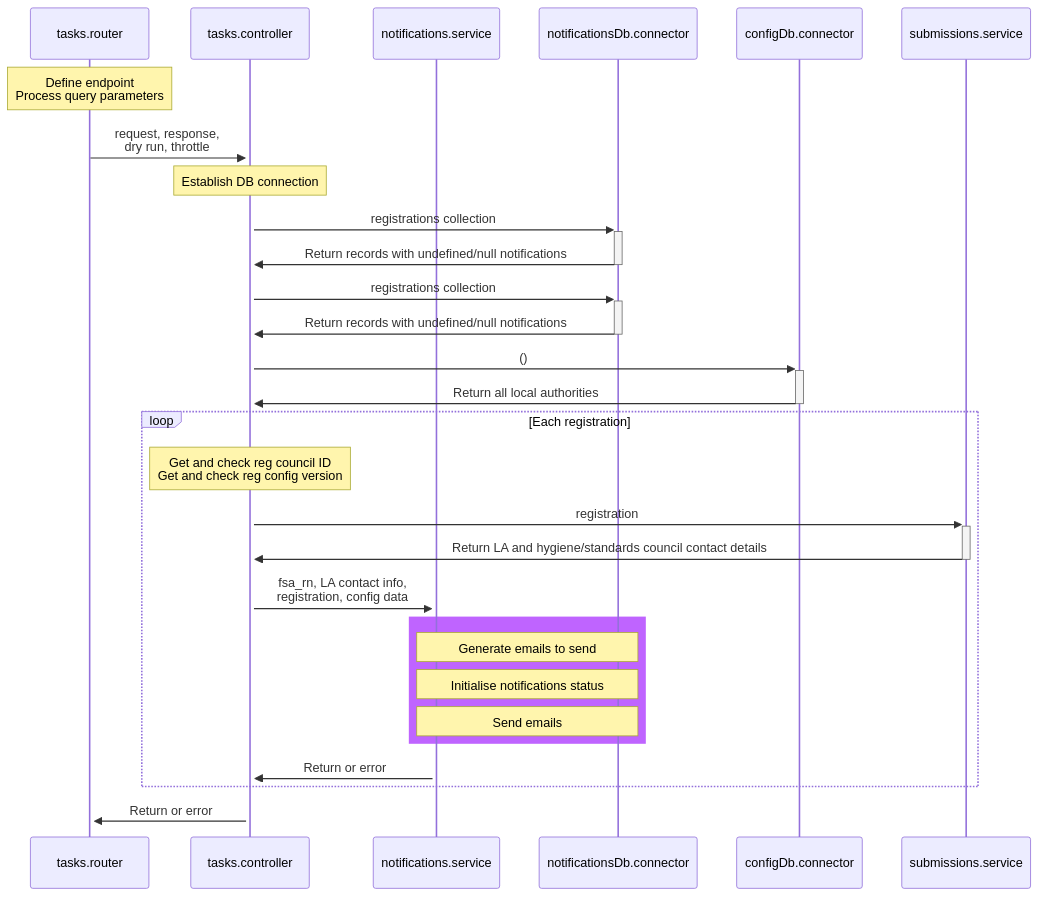
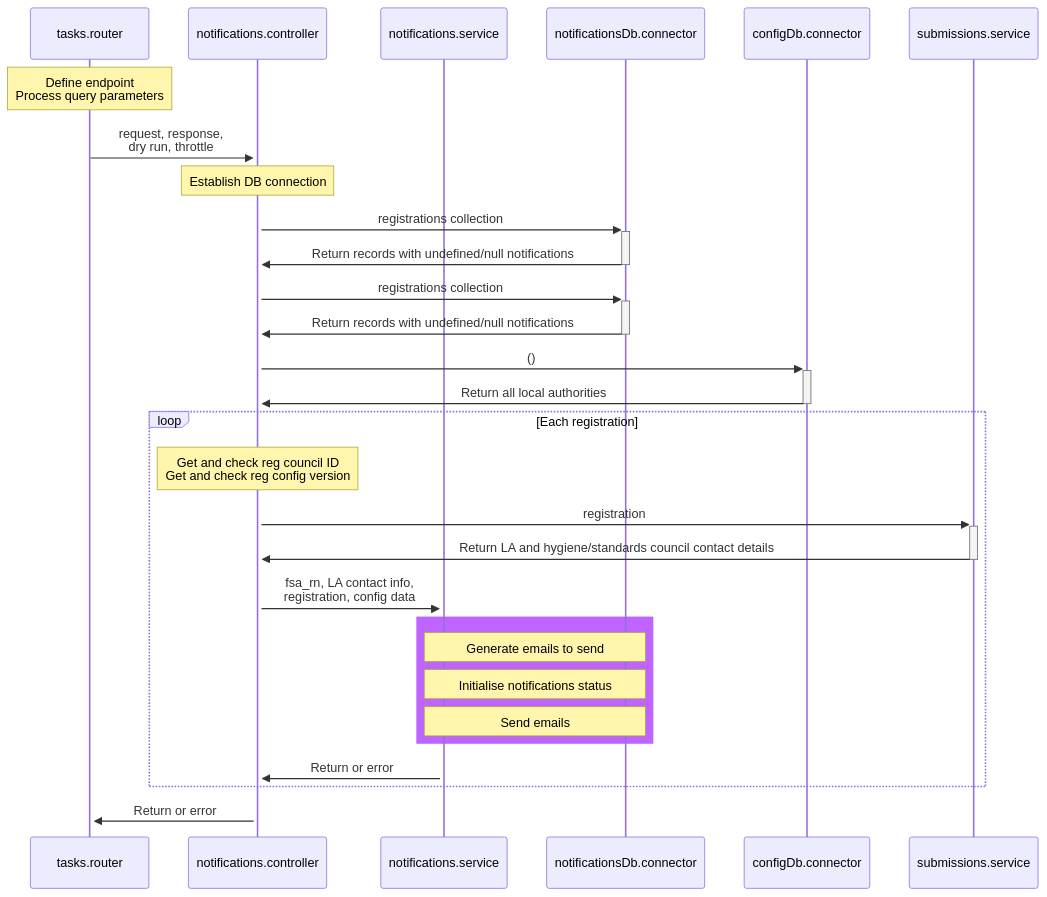
The diagram in docs/contribution-guidelines/email-notifications.md (FoodStandardsAgency/register-a-food-business-service), drawn with Mermaid before and after one commit. The commit also changed 4 other files, not shown here.

Commit message:
refactor: rename tasks.controller to notifications.controller and update references

````diff
--- a/docs/contribution-guidelines/email-notifications.md
+++ b/docs/contribution-guidelines/email-notifications.md
@@ -11,32 +11,32 @@
 ```mermaid
 sequenceDiagram
 participant router as tasks.router
-participant controller as tasks.controller
+participant controller as notifications.controller
 participant notifyservice as notifications.service
 participant cache as notificationsDb.connector
 participant db as configDb.connector
 participant submissions as submissions.service
 
     Note over router: Define endpoint<br/>Process query parameters
     router->>+controller: request, response, <br/>dry run, throttle
     Note over controller: Establish DB connection
     controller->>+cache: registrations collection
     cache->>-controller: Return records with undefined/null notifications
     controller->>+cache: registrations collection
     cache->>-controller: Return records with undefined/null notifications
     controller->>+db: ()
     db->>-controller: Return all local authorities
     loop Each registration
         Note over controller: Get and check reg council ID<br/>Get and check reg config version
         controller->>+submissions: registration
         submissions->>-controller: Return LA and hygiene/standards council contact details
         controller->>+notifyservice: fsa_rn, LA contact info, <br/>registration, config data
         rect rgb(191, 100, 255)
             Note over notifyservice, cache: Generate emails to send
             Note over notifyservice, cache: Initialise notifications status
             Note over notifyservice, cache: Send emails
         end
         notifyservice->>+controller: Return or error
     end
     controller->>+router: Return or error
 ```
````
